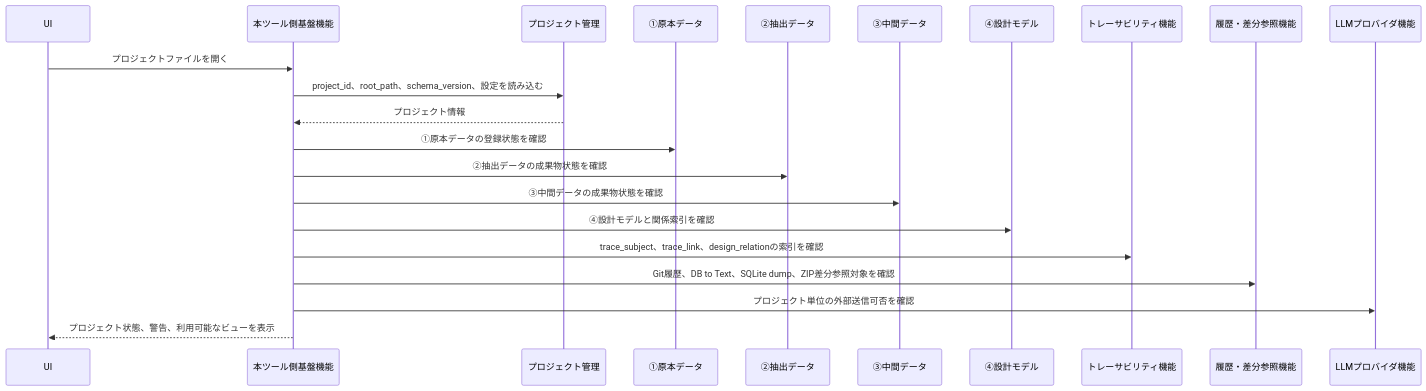
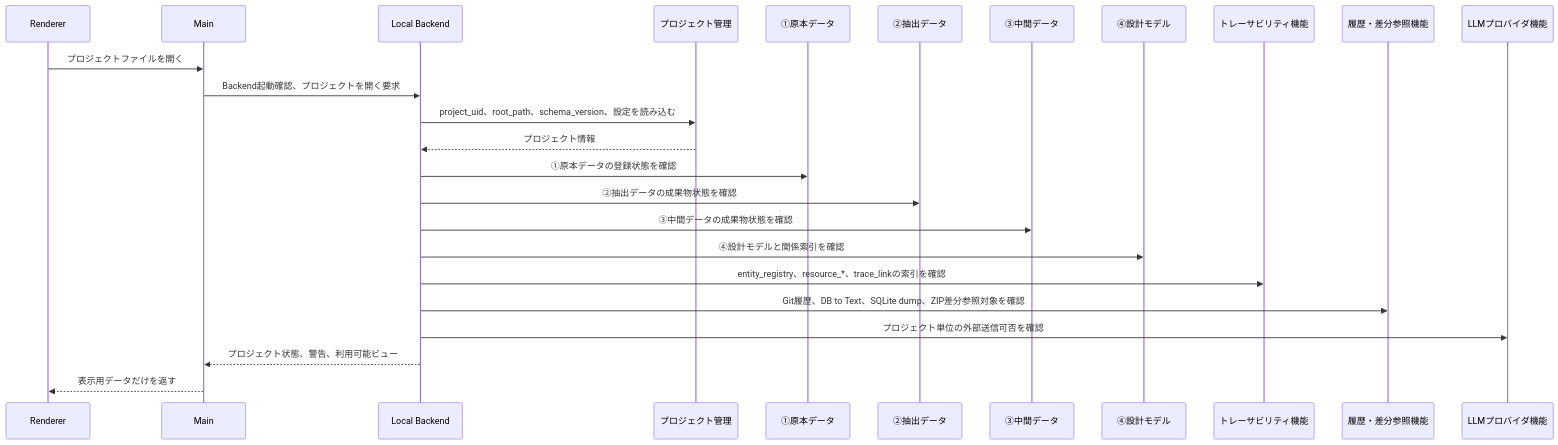
The third of 9 diagrams in docs/sdd_function_architecture.md (kfuruichi0920/d2d), drawn with Mermaid before and after one commit. The commit also changed other lines of this file, not shown here.

````diff
--- a/docs/sdd_function_architecture.md
+++ b/docs/sdd_function_architecture.md
@@ -238,25 +250,28 @@
 ```mermaid
 sequenceDiagram
-    participant UI as UI
-    participant Host as 本ツール側基盤機能
+    participant UI as Renderer
+    participant Main as Main
+    participant Host as Local Backend
     participant Project as プロジェクト管理
     participant Source as ①原本データ
     participant Extracted as ②抽出データ
     participant IntermediateData as ③中間データ
     participant DesignModel as ④設計モデル
     participant Trace as トレーサビリティ機能
     participant History as 履歴・差分参照機能
     participant LLM as LLMプロバイダ機能
 
-    UI->>Host: プロジェクトファイルを開く
-    Host->>Project: project_id、root_path、schema_version、設定を読み込む
+    UI->>Main: プロジェクトファイルを開く
+    Main->>Host: Backend起動確認、プロジェクトを開く要求
+    Host->>Project: project_uid、root_path、schema_version、設定を読み込む
     Project-->>Host: プロジェクト情報
     Host->>Source: ①原本データの登録状態を確認
     Host->>Extracted: ②抽出データの成果物状態を確認
     Host->>IntermediateData: ③中間データの成果物状態を確認
     Host->>DesignModel: ④設計モデルと関係索引を確認
-    Host->>Trace: trace_subject、trace_link、design_relationの索引を確認
+    Host->>Trace: entity_registry、resource_*、trace_linkの索引を確認
     Host->>History: Git履歴、DB to Text、SQLite dump、ZIP差分参照対象を確認
     Host->>LLM: プロジェクト単位の外部送信可否を確認
-    Host-->>UI: プロジェクト状態、警告、利用可能なビューを表示
+    Host-->>Main: プロジェクト状態、警告、利用可能ビュー
+    Main-->>UI: 表示用データだけを返す
 ```
````
